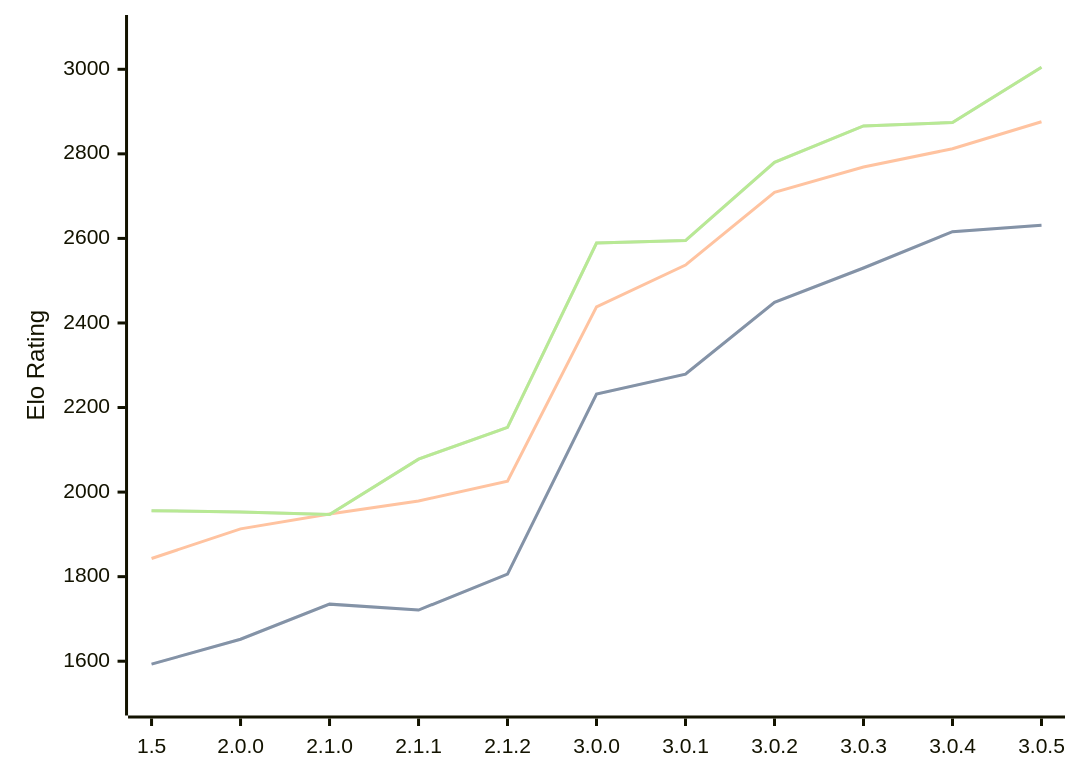
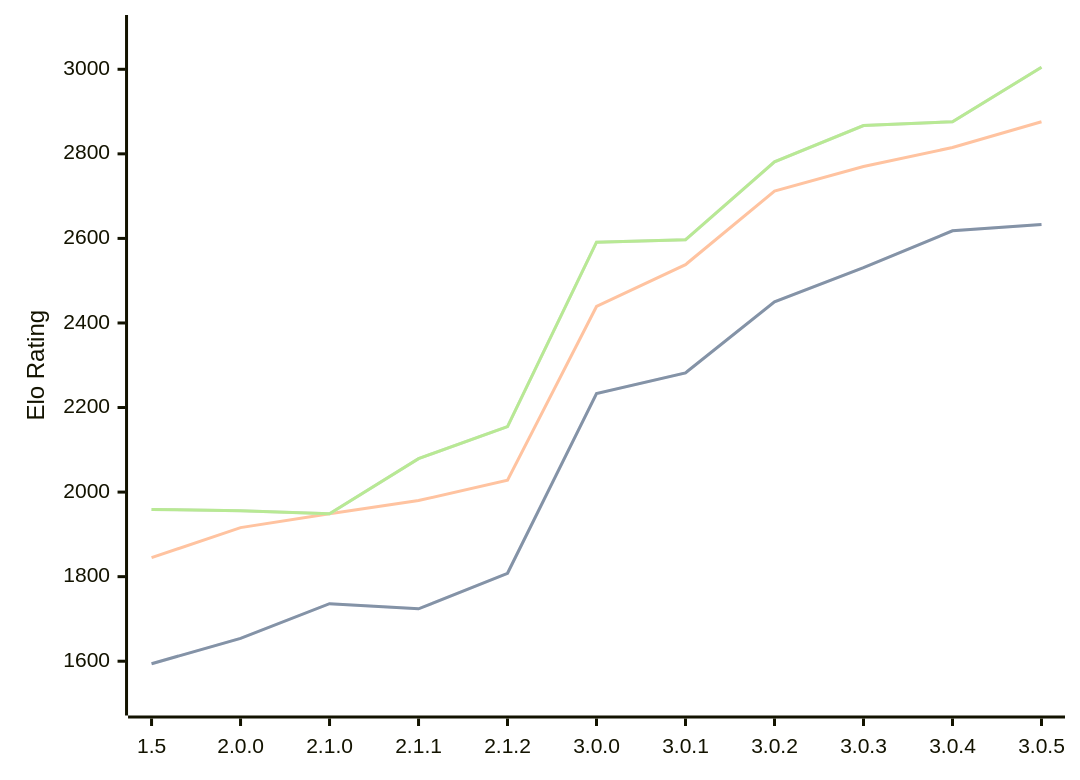
The diagram in engines/Rudim.md (computer-chess-index/cci), drawn with Mermaid before and after one commit. The commit also changed other lines of this file, not shown here.

Commit message:
Update CCI Ratings (ELO VLTC) - 2026-08-22

````diff
--- a/engines/Rudim.md
+++ b/engines/Rudim.md
@@ -45,11 +45,11 @@
 ```mermaid
 %%{init: {"theme":"base","themeVariables":{"seriesColors:['#a3a3a3','#222221','#faa371']}}}%%
 xychart-beta
   x-axis ["1.5", "2.0.0", "2.1.0", "2.1.1", "2.1.2", "3.0.0", "3.0.1", "3.0.2", "3.0.3", "3.0.4", "3.0.5"]
   y-axis "Elo Rating" 1500 --> 3100
-  line "STC (8.0+0.08s)" [1593, 1652, 1735, 1721, 1806, 2232, 2279, 2449, 2530, 2616, 2631]
-  line "STC (8.0+0.08s)" [1593, 1652, 1735, 1721, 1806, 2232, 2279, 2449, 2530, 2616, 2631]
-  line "LTC (60.0+0.60s)" [1843, 1913, 1948, 1979, 2026, 2438, 2537, 2709, 2769, 2812, 2876]
-  line "VLTC (2m24s+1.12s)" [1956, 1953, 1947, 2078, 2153, 2589, 2595, 2780, 2866, 2874, 3005]
-  line "VLTC (2m24s+1.12s)" [1956, 1953, 1947, 2078, 2153, 2589, 2595, 2780, 2866, 2874, 3005]
+  line "STC (8.0+0.08s)" [1594, 1654, 1736, 1724, 1808, 2233, 2282, 2450, 2531, 2618, 2633]
+  line "STC (8.0+0.08s)" [1594, 1654, 1736, 1724, 1808, 2233, 2282, 2450, 2531, 2618, 2633]
+  line "LTC (60.0+0.60s)" [1845, 1916, 1949, 1980, 2028, 2439, 2538, 2712, 2770, 2815, 2876]
+  line "VLTC (2m24s+1.12s)" [1959, 1956, 1949, 2079, 2155, 2591, 2597, 2781, 2867, 2876, 3005]
+  line "VLTC (2m24s+1.12s)" [1959, 1956, 1949, 2079, 2155, 2591, 2597, 2781, 2867, 2876, 3005]
 ```
````
